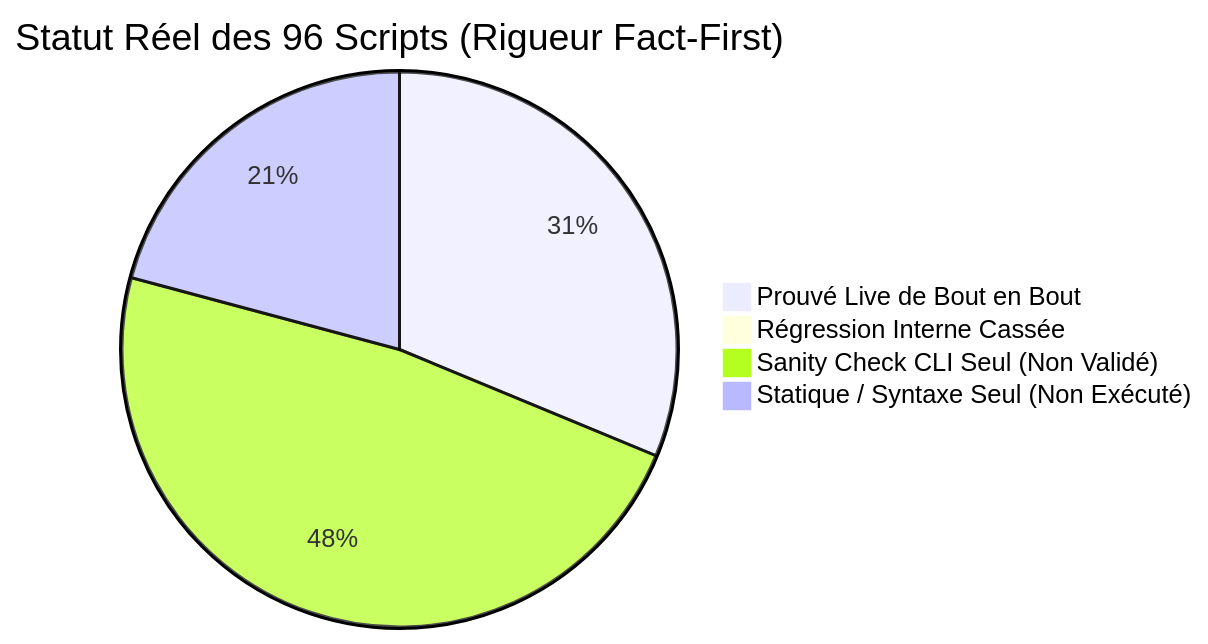
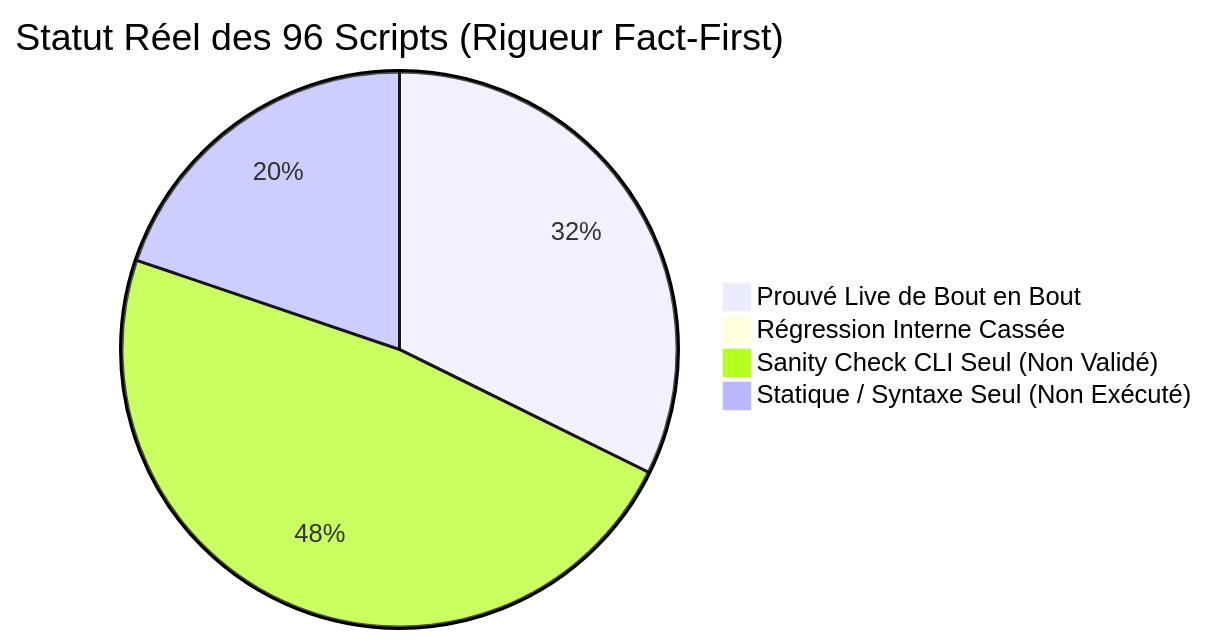
One commit to yoyonel/pydbsrt changed the diagram in docs/reference/2026-11-10-audit-exhaustif-scripts-regressions.md. Above: the diagram before and after it, drawn with Mermaid. The commit also changed other lines of this file and 2 other files, not shown here.

````diff
--- a/docs/reference/2026-11-10-audit-exhaustif-scripts-regressions.md
+++ b/docs/reference/2026-11-10-audit-exhaustif-scripts-regressions.md
@@ -16,7 +16,7 @@
 ```mermaid
 pie title Statut Réel des 96 Scripts (Rigueur Fact-First)
-    "Prouvé Live de Bout en Bout" : 30
+    "Prouvé Live de Bout en Bout" : 31
     "Régression Interne Cassée" : 0
     "Sanity Check CLI Seul (Non Validé)" : 46
-    "Statique / Syntaxe Seul (Non Exécuté)" : 20
+    "Statique / Syntaxe Seul (Non Exécuté)" : 19
 ```
````
